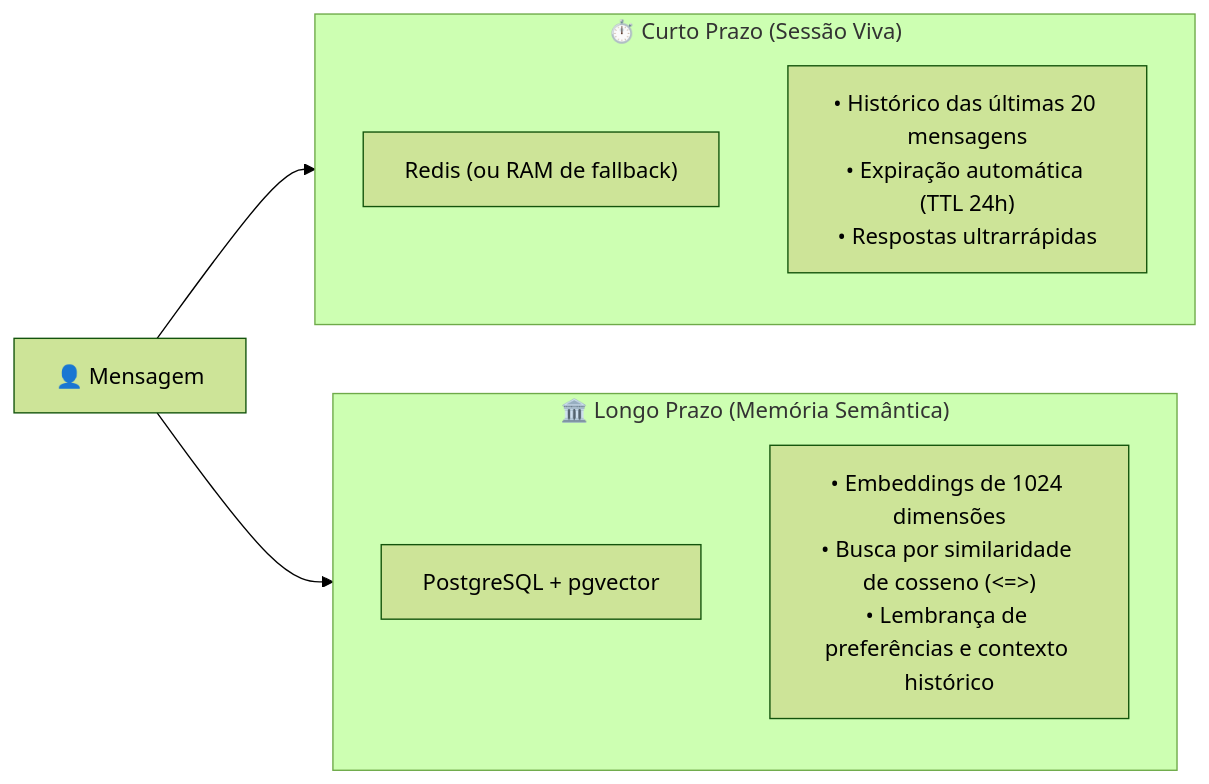
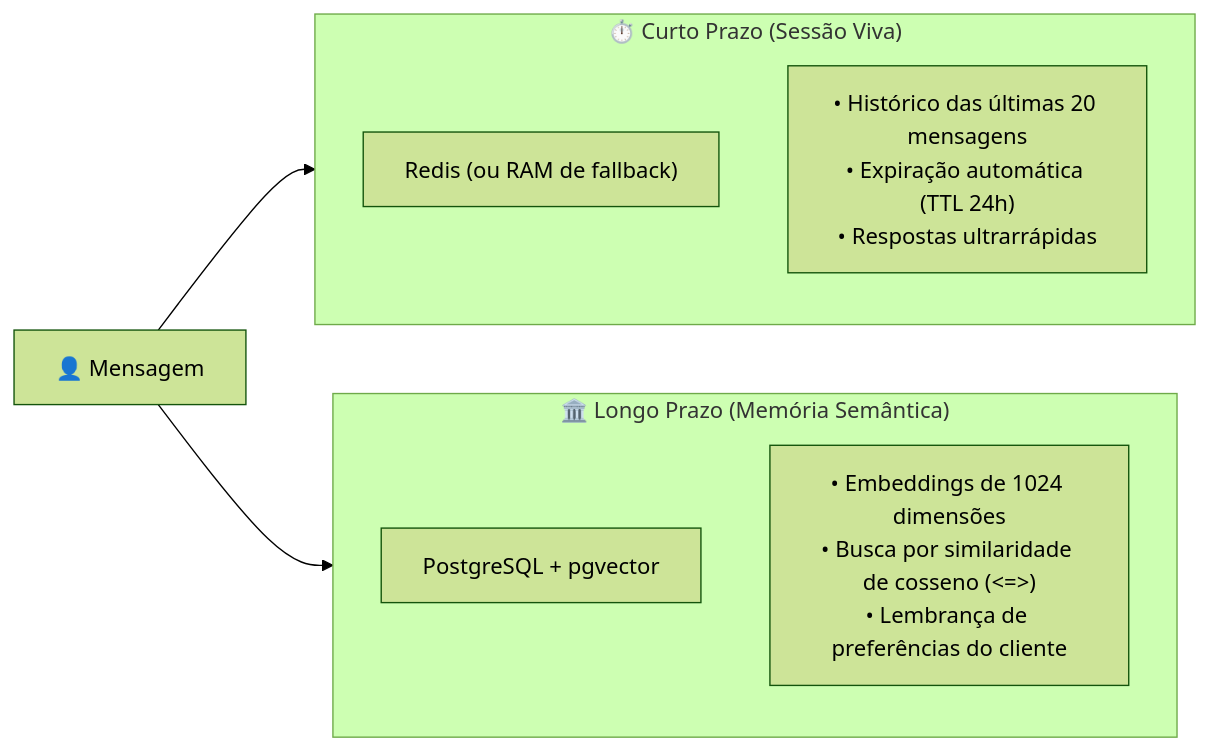
Before and after one commit to CaioSouzx00/ai-agent-24-7: the third of 4 diagrams in README.md, drawn with Mermaid (forest theme). The commit also changed other lines of this file and 7 other files, not shown here.

````diff
--- a/README.md
+++ b/README.md
@@ -201,15 +270,15 @@
 ```mermaid
 flowchart LR
     subgraph CURTO["⏱️ Curto Prazo (Sessão Viva)"]
         M1["Redis (ou RAM de fallback)"]
         M1_INFO["• Histórico das últimas 20 mensagens\n• Expiração automática (TTL 24h)\n• Respostas ultrarrápidas"]
     end
 
     subgraph LONGO["🏛️ Longo Prazo (Memória Semântica)"]
         M2["PostgreSQL + pgvector"]
-        M2_INFO["• Embeddings de 1024 dimensões\n• Busca por similaridade de cosseno (<=>)\n• Lembrança de preferências e contexto histórico"]
+        M2_INFO["• Embeddings de 1024 dimensões\n• Busca por similaridade de cosseno (<=>)\n• Lembrança de preferências do cliente"]
     end
 
     CLIENTE["👤 Mensagem"] --> CURTO
     CLIENTE --> LONGO
 ```
````
